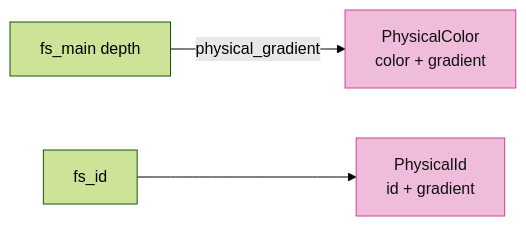
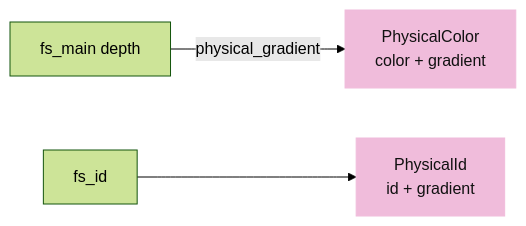
The second of 15 diagrams in session_viewer/docs/05-visibility.md (petrasvestartas/session), drawn with Mermaid (forest theme) before and after one commit. The commit also changed other lines of this file and 324 other files, not shown here.

````diff
--- a/session_viewer/docs/05-visibility.md
+++ b/session_viewer/docs/05-visibility.md
@@ -42,7 +42,7 @@
 ```mermaid
 flowchart LR
     A["fs_main depth"] -- "physical_gradient" --> B["PhysicalColor<br/>color + gradient"]
     C["fs_id"] --> E["PhysicalId<br/>id + gradient"]
-    style B fill:#f0bcdb,stroke:#ce4095,color:#111
-    style E fill:#f0bcdb,stroke:#ce4095,color:#111
+    style B fill:#f0bcdb,stroke:#f0bcdb,color:#111
+    style E fill:#f0bcdb,stroke:#f0bcdb,color:#111
 ```
````
